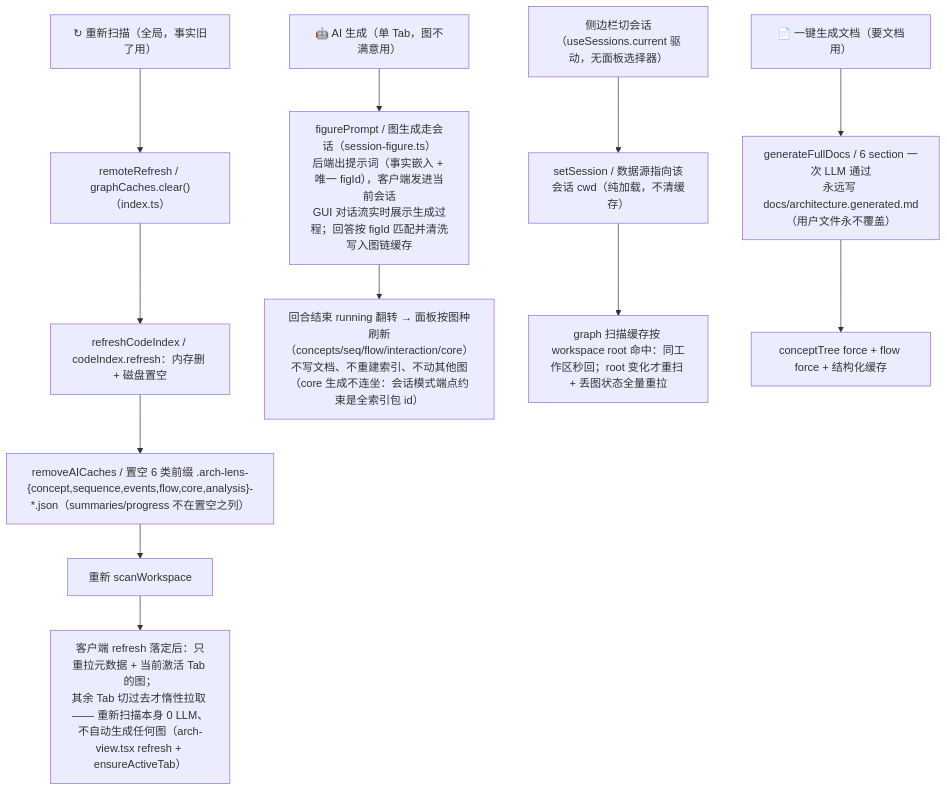
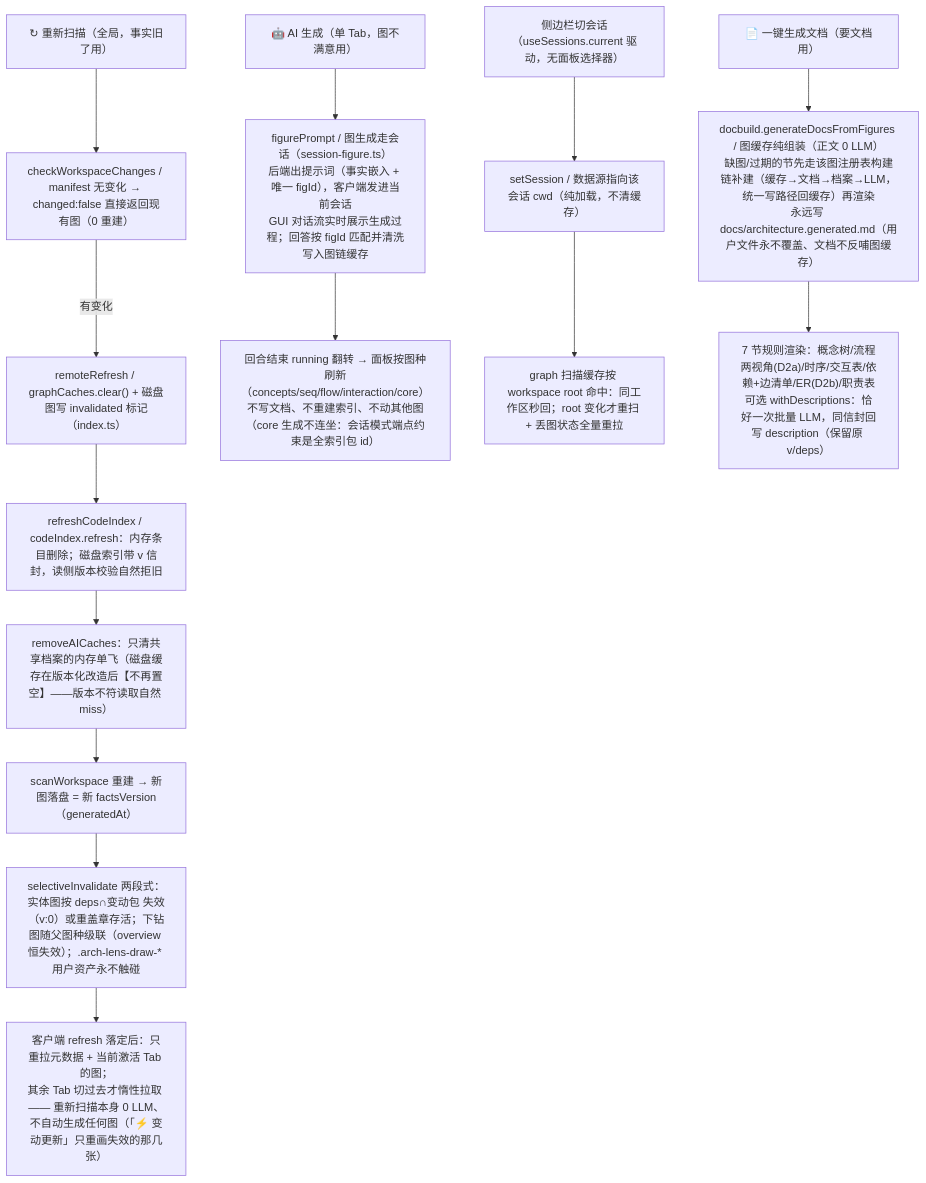
Before and after one commit to gwj001/arch-lens: the eighth of 13 diagrams in docs/arch-lens-diagrams.md, drawn with Mermaid. The commit also changed other lines of this file and 1 other file, not shown here.

Commit message:
docs(arch-lens): 阶段5 文档对齐最终链路——overview 重写（factsVersion/版本信封/图注册表/统一写路径/两段式级联失效/文档组装 机制4·5·10，8 Tab 速览，42 remote 清单）；diagrams 修订（图3附 文件存储与信封语义、图4 文档组装链、图5 D5 完整链与统一形态、图8 刷新三件套新语义、图10 事实脊柱）+ 新增'重构补记：唯一事实真相与废弃面'（D6 标注，wire 不删）

````diff
--- a/docs/arch-lens-diagrams.md
+++ b/docs/arch-lens-diagrams.md
@@ -388,14 +390,16 @@
 ```mermaid
 flowchart TD
-    RESCAN["↻ 重新扫描（全局，事实旧了用）"] --> B1["remoteRefresh / graphCaches.clear()（index.ts）"]
-    B1 --> B2["refreshCodeIndex / codeIndex.refresh：内存删 + 磁盘置空"]
-    B2 --> B3["removeAICaches / 置空 6 类前缀 .arch-lens-{concept,sequence,events,flow,core,analysis}-*.json（summaries/progress 不在置空之列）"]
-    B3 --> B4["重新 scanWorkspace"]
-    B4 --> B5["客户端 refresh 落定后：只重拉元数据 + 当前激活 Tab 的图；<br/>其余 Tab 切过去才惰性拉取 —— 重新扫描本身 0 LLM、不自动生成任何图（arch-view.tsx refresh + ensureActiveTab）"]
+    RESCAN["↻ 重新扫描（全局，事实旧了用）"] --> B0["checkWorkspaceChanges / manifest 无变化 → changed:false 直接返回现有图（0 重建）"]
+    B0 -->|"有变化"| B1["remoteRefresh / graphCaches.clear() + 磁盘图写 invalidated 标记（index.ts）"]
+    B1 --> B2["refreshCodeIndex / codeIndex.refresh：内存条目删除；磁盘索引带 v 信封，读侧版本校验自然拒旧"]
+    B2 --> B3["removeAICaches：只清共享档案的内存单飞（磁盘缓存在版本化改造后【不再置空】——版本不符读取自然 miss）"]
+    B3 --> B4["scanWorkspace 重建 → 新图落盘 = 新 factsVersion（generatedAt）"]
+    B4 --> B45["selectiveInvalidate 两段式：实体图按 deps∩变动包 失效（v:0）或重盖章存活；下钻图随父图种级联（overview 恒失效）；.arch-lens-draw-* 用户资产永不触碰"]
+    B45 --> B5["客户端 refresh 落定后：只重拉元数据 + 当前激活 Tab 的图；<br/>其余 Tab 切过去才惰性拉取 —— 重新扫描本身 0 LLM、不自动生成任何图（「⚡ 变动更新」只重画失效的那几张）"]
     AIGEN["🤖 AI 生成（单 Tab，图不满意用）"] --> D1["figurePrompt / 图生成走会话（session-figure.ts）<br/>后端出提示词（事实嵌入 + 唯一 figId），客户端发进当前会话<br/>GUI 对话流实时展示生成过程；回答按 figId 匹配并清洗写入图链缓存"]
     D1 --> D2["回合结束 running 翻转 → 面板按图种刷新（concepts/seq/flow/interaction/core）<br/>不写文档、不重建索引、不动其他图（core 生成不连坐：会话模式端点约束是全索引包 id）"]
     FOLLOW["侧边栏切会话（useSessions.current 驱动，无面板选择器）"] --> E1["setSession / 数据源指向该会话 cwd（纯加载，不清缓存）"]
     E1 --> E2["graph 扫描缓存按 workspace root 命中：同工作区秒回；root 变化才重扫 + 丢图状态全量重拉"]
-    DOCS["📄 一键生成文档（要文档用）"] --> G1["generateFullDocs / 6 section 一次 LLM 通过<br/>永远写 docs/architecture.generated.md（用户文件永不覆盖）"]
-    G1 --> G2["conceptTree force + flow force + 结构化缓存"]
+    DOCS["📄 一键生成文档（要文档用）"] --> G1["docbuild.generateDocsFromFigures / 图缓存纯组装（正文 0 LLM）<br/>缺图/过期的节先走该图注册表构建链补建（缓存→文档→档案→LLM，统一写路径回缓存）再渲染<br/>永远写 docs/architecture.generated.md（用户文件永不覆盖、文档不反哺图缓存）"]
+    G1 --> G2["7 节规则渲染：概念树/流程两视角(D2a)/时序/交互表/依赖+边清单/ER(D2b)/职责表<br/>可选 withDescriptions：恰好一次批量 LLM，同信封回写 description（保留原 v/deps）"]
 ```
````
